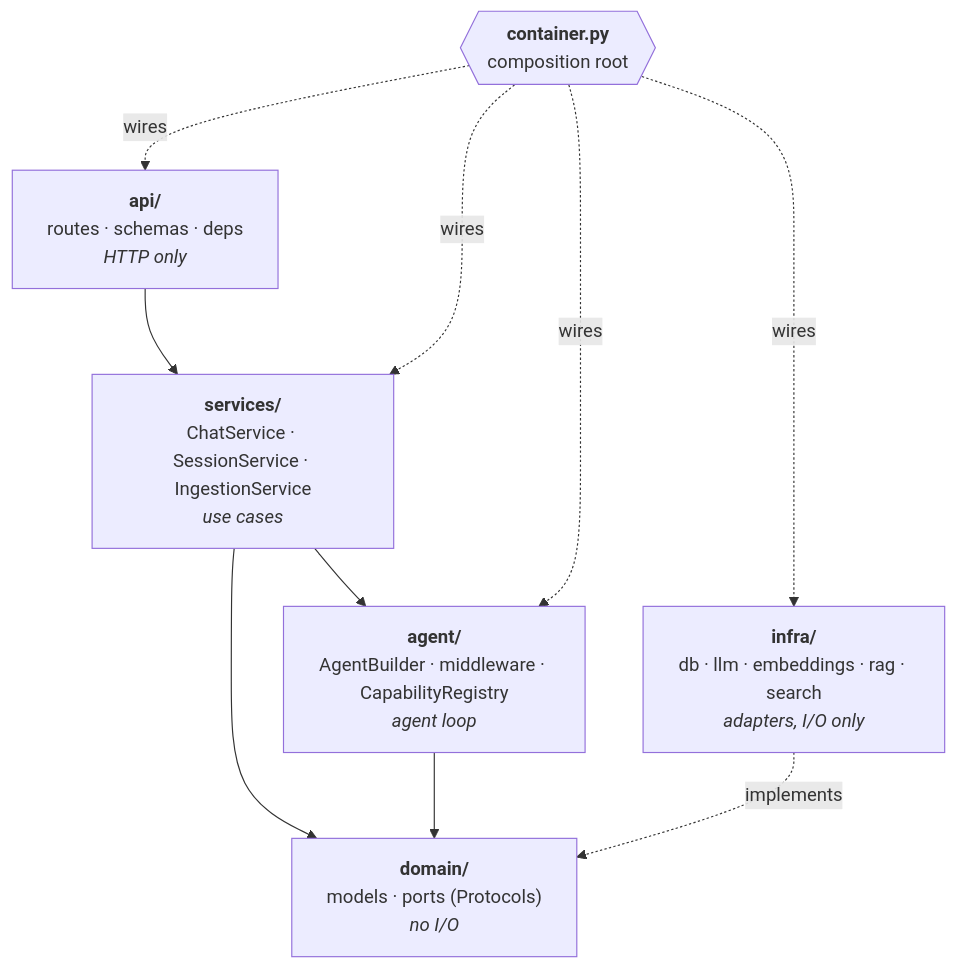
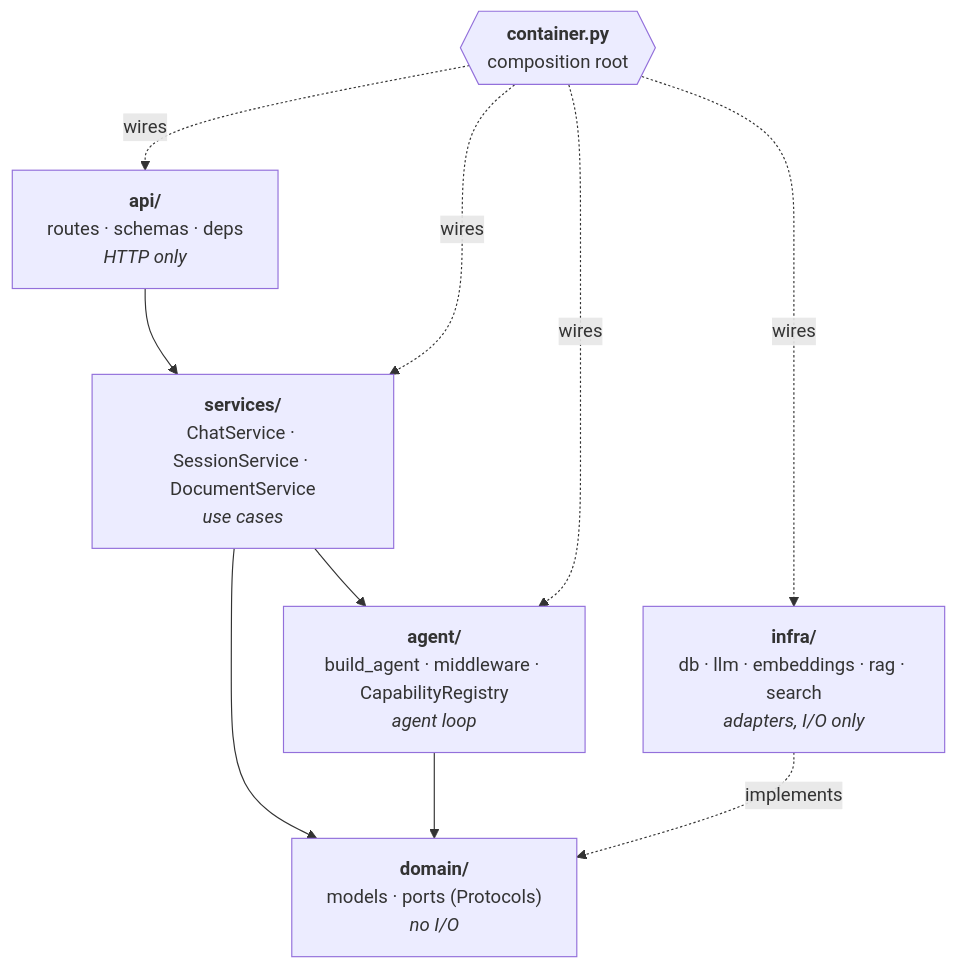
The second of 6 diagrams in docs/architecture.md (reddybharat/agentic-rag), drawn with Mermaid before and after one commit. The commit also changed other lines of this file and 33 other files, not shown here.

First line of the commit message:
Add capability framework, documents capability and PDF ingestion (P3)

````diff
--- a/docs/architecture.md
+++ b/docs/architecture.md
@@ -43,19 +43,19 @@
 ```mermaid
 flowchart TB
     api["<b>api/</b><br/>routes · schemas · deps<br/><i>HTTP only</i>"]
-    services["<b>services/</b><br/>ChatService · SessionService · IngestionService<br/><i>use cases</i>"]
-    agent["<b>agent/</b><br/>AgentBuilder · middleware · CapabilityRegistry<br/><i>agent loop</i>"]
+    services["<b>services/</b><br/>ChatService · SessionService · DocumentService<br/><i>use cases</i>"]
+    agent["<b>agent/</b><br/>build_agent · middleware · CapabilityRegistry<br/><i>agent loop</i>"]
     domain["<b>domain/</b><br/>models · ports (Protocols)<br/><i>no I/O</i>"]
     infra["<b>infra/</b><br/>db · llm · embeddings · rag · search<br/><i>adapters, I/O only</i>"]
     container{{"<b>container.py</b><br/>composition root"}}
 
     api --> services
     services --> domain
     services --> agent
     agent --> domain
     infra -. implements .-> domain
     container -. wires .-> api
     container -. wires .-> services
     container -. wires .-> agent
     container -. wires .-> infra
 ```
````
